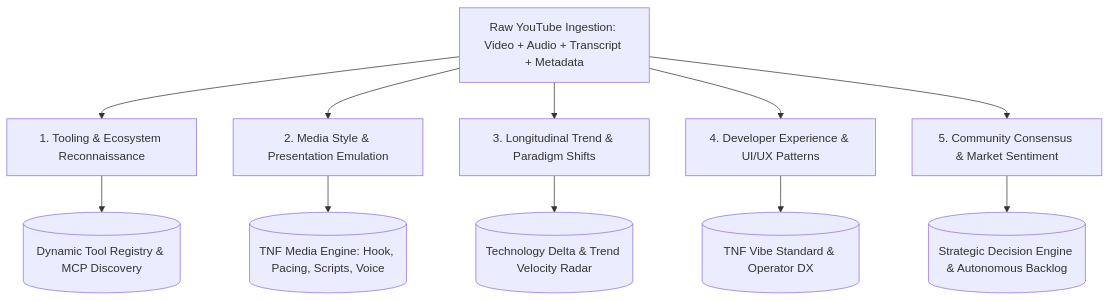
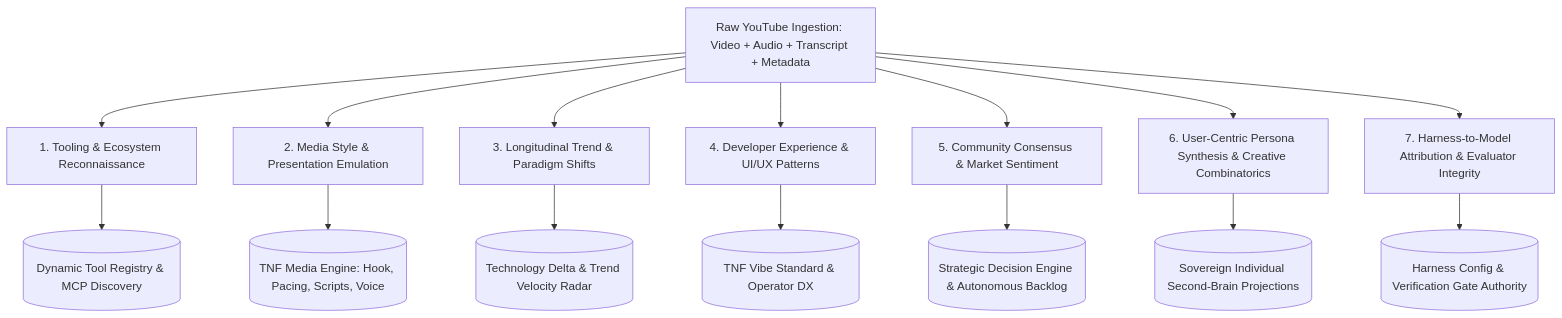
Before and after one commit to whodaniel/The-New-Fuse: the first of 2 diagrams in docs/protocols/EXPANDED_VIDEO_INTELLIGENCE_SPEC.md, drawn with Mermaid. The commit also changed other lines of this file and 64 other files, not shown here.

````diff
--- a/docs/protocols/EXPANDED_VIDEO_INTELLIGENCE_SPEC.md
+++ b/docs/protocols/EXPANDED_VIDEO_INTELLIGENCE_SPEC.md
@@ -17,14 +19,18 @@
 ```mermaid
 graph TD
     Video[Raw YouTube Ingestion: Video + Audio + Transcript + Metadata] --> V1[1. Tooling & Ecosystem Reconnaissance]
     Video --> V2[2. Media Style & Presentation Emulation]
     Video --> V3[3. Longitudinal Trend & Paradigm Shifts]
     Video --> V4[4. Developer Experience & UI/UX Patterns]
     Video --> V5[5. Community Consensus & Market Sentiment]
+    Video --> V6[6. User-Centric Persona Synthesis & Creative Combinatorics]
+    Video --> V7[7. Harness-to-Model Attribution & Evaluator Integrity]
 
     V1 --> ToolGraph[(Dynamic Tool Registry & MCP Discovery)]
     V2 --> MediaForge[(TNF Media Engine: Hook, Pacing, Scripts, Voice)]
     V3 --> Radar[(Technology Delta & Trend Velocity Radar)]
     V4 --> UIStandard[(TNF Vibe Standard & Operator DX)]
     V5 --> Roadmap[(Strategic Decision Engine & Autonomous Backlog)]
+    V6 --> PersonaEngine[(Sovereign Individual Second-Brain Projections)]
+    V7 --> HarnessLedger[(Harness Config & Verification Gate Authority)]
 ```
````
